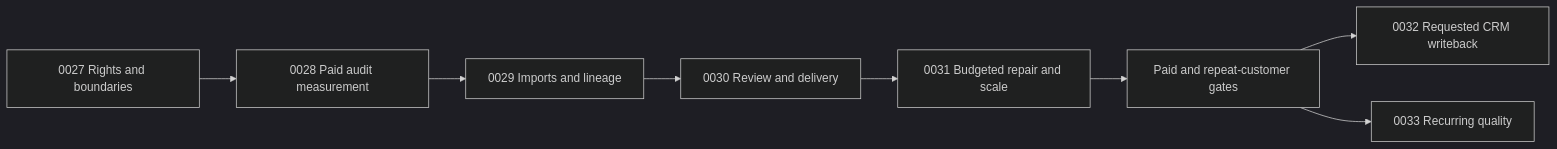
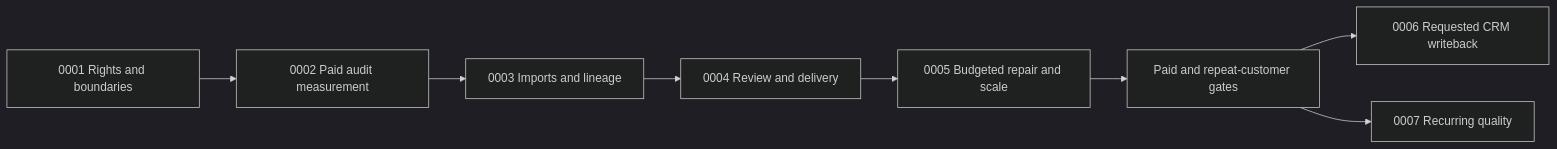
The diagram in docs/rfcs/README.md (Oppulence-Engineering/paperless-check-if-email-exists), drawn with Mermaid (dark theme) before and after one commit. The commit also changed other lines of this file and 74 other files, not shown here.

````diff
--- a/docs/rfcs/README.md
+++ b/docs/rfcs/README.md
@@ -31,10 +81,10 @@
 ```mermaid
 flowchart LR
-  R27[0027 Rights and boundaries] --> R28[0028 Paid audit measurement]
-  R28 --> R29[0029 Imports and lineage]
-  R29 --> R30[0030 Review and delivery]
-  R30 --> R31[0031 Budgeted repair and scale]
-  R31 --> G[Paid and repeat-customer gates]
-  G --> R32[0032 Requested CRM writeback]
-  G --> R33[0033 Recurring quality]
+  R1[0001 Rights and boundaries] --> R2[0002 Paid audit measurement]
+  R2 --> R3[0003 Imports and lineage]
+  R3 --> R4[0004 Review and delivery]
+  R4 --> R5[0005 Budgeted repair and scale]
+  R5 --> G[Paid and repeat-customer gates]
+  G --> R6[0006 Requested CRM writeback]
+  G --> R7[0007 Recurring quality]
 ```
````
